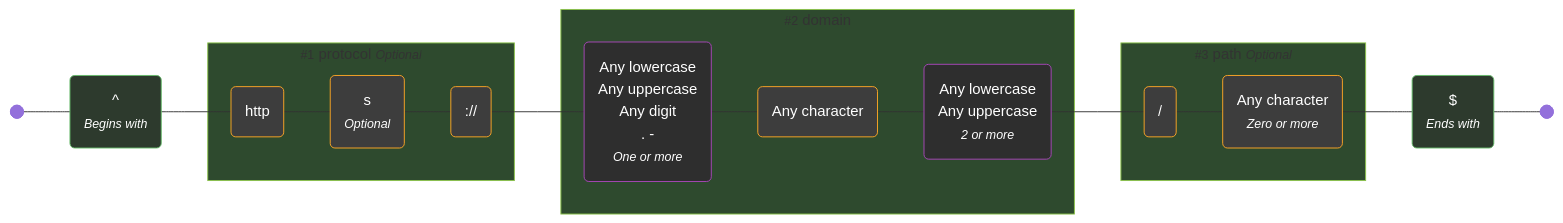
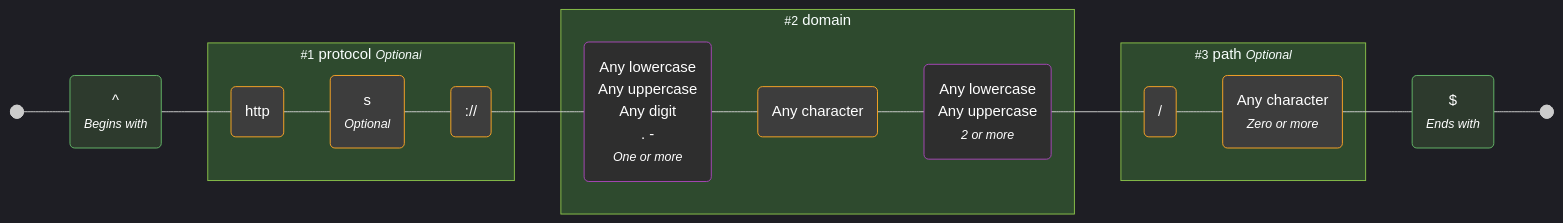
One commit to tayles/regex-to-mermaid changed the third of 5 diagrams in THEMES.md. Above: the diagram before and after it, drawn with Mermaid. The commit also changed other lines of this file and 18 other files, not shown here.

````diff
--- a/THEMES.md
+++ b/THEMES.md
@@ -175,63 +178,67 @@
 ```mermaid
-%% Regex: ^(?<protocol>https?:\/\/)?(?<domain>[a-zA-Z0-9.-]+\.[a-zA-Z]{2,})(?<path>\/.*)?$
+---
+config:
+  theme: dark
+---
 
 graph LR
+  accTitle: "Regex: ^(?<protocol>https?:\\/\\/)?(?<domain>[a-zA-Z0-9.-]+\\.[a-zA-Z]{2,})(?<path>\\/.*)?$"
+  accDescr: "Generated with regex-to-mermaid@1.0.3"
+
   %% Nodes
   start@{ shape: f-circ };
   fin@{ shape: f-circ };
   assertion_1("^<br><i><small>Begins with</small></i>"):::assertion;
   literal_1("http"):::literal;
   literal_2("s<br><i><small>Optional</small></i>"):::literal;
   literal_3("://"):::literal;
   char_class_1("Any lowercase<br>Any uppercase<br>Any digit<br>. -<br><i><small>One or more</small></i>"):::char-class;
   literal_4("Any character"):::literal;
   char_class_2("Any lowercase<br>Any uppercase<br><i><small>2 or more</small></i>"):::char-class;
   literal_5("/"):::literal;
   literal_6("Any character<br><i><small>Zero or more</small></i>"):::literal;
   assertion_2("$<br><i><small>Ends with</small></i>"):::assertion;
 
   %% Subgraphs
   subgraph named_capture_1 ["<small>#1</small> protocol <small><i>Optional</i></small>"]
     literal_1
     literal_2
     literal_3
   end
 
   subgraph named_capture_2 ["<small>#2</small> domain"]
     char_class_1
     literal_4
     char_class_2
   end
 
   subgraph named_capture_3 ["<small>#3</small> path <small><i>Optional</i></small>"]
     literal_5
     literal_6
   end
 
   %% Edges
   start --- assertion_1;
   assertion_1 --- literal_1;
   literal_1 --- literal_2;
   literal_2 --- literal_3;
   literal_3 --- char_class_1;
   char_class_1 --- literal_4;
   literal_4 --- char_class_2;
   char_class_2 --- literal_5;
   literal_5 --- literal_6;
   literal_6 --- assertion_2;
   assertion_2 --- fin;
 
   %% Styles
   %% Node Styling
   classDef assertion fill:#2D3A2D,stroke:#66BB6A,color:#FFFFFF;
   classDef literal fill:#3D3D3D,stroke:#FFA726,color:#FFFFFF;
   classDef char-class fill:#2E2E2E,stroke:#AB47BC,color:#FFFFFF;
 
   %% Group Styling
   classDef named-capture fill:#2E4A2E,stroke:#8BC34A;
 
   %% Apply Group Classes
   class named_capture_1,named_capture_2,named_capture_3 named-capture;
-
-%% Generated with regex-to-mermaid@1.0.0
 ```
````
